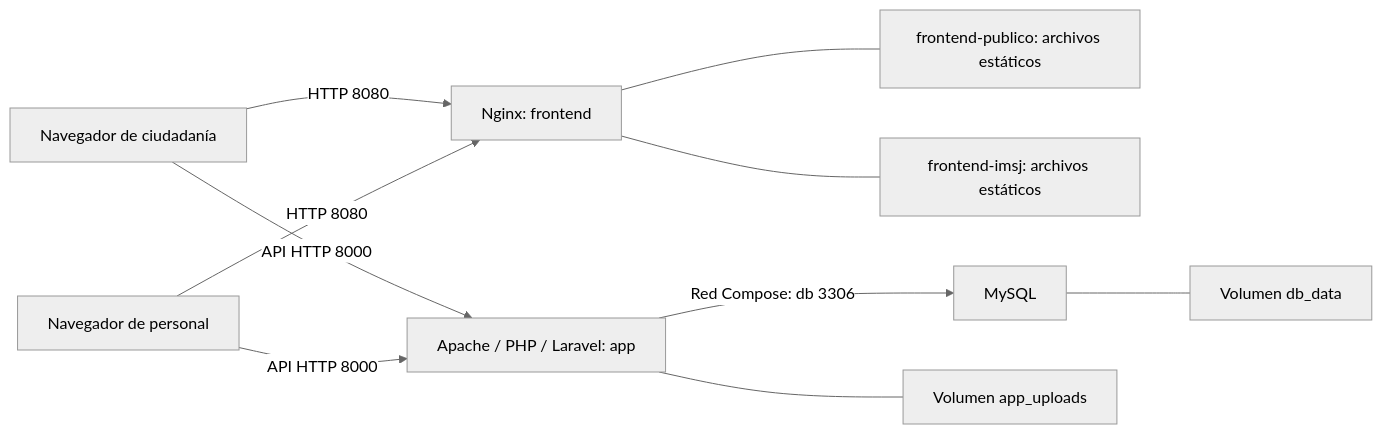
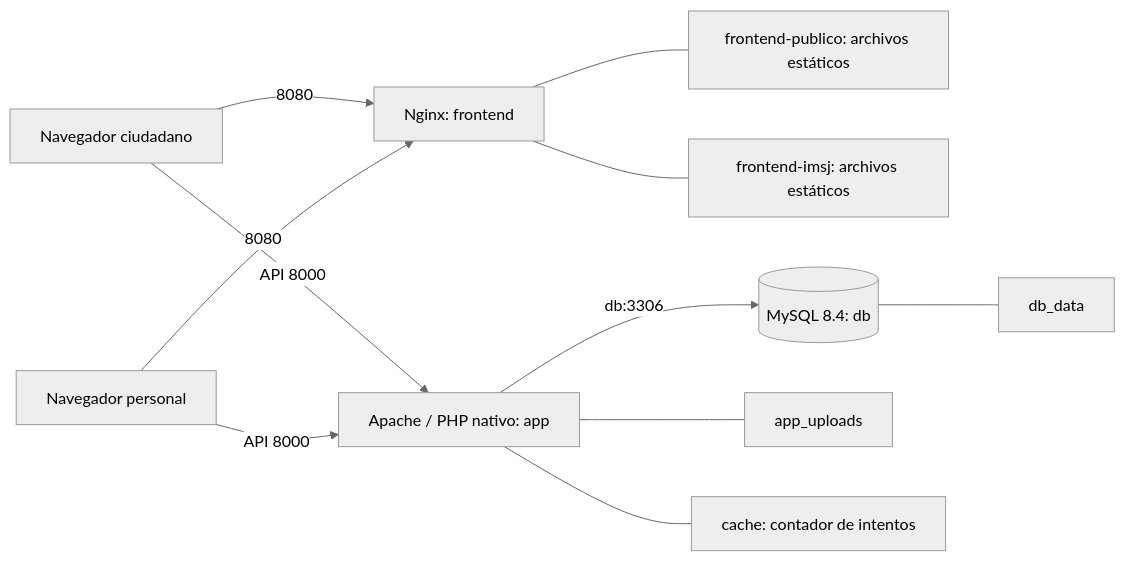
One commit to totito19/Proyecto-IMSJ changed the second of 2 diagrams in docs/arquitectura_propuesta.md. Above: the diagram before and after it, drawn with Mermaid (neutral theme). The commit also changed other lines of this file and 205 other files, not shown here.

````diff
--- a/docs/arquitectura_propuesta.md
+++ b/docs/arquitectura_propuesta.md
@@ -30,12 +26,13 @@
 ```mermaid
 flowchart LR
-    Ciudadania[Navegador de ciudadanía] -->|HTTP 8080| Nginx[Nginx: frontend]
-    Personal[Navegador de personal] -->|HTTP 8080| Nginx
-    Nginx --- Publico[frontend-publico: archivos estáticos]
-    Nginx --- Panel[frontend-imsj: archivos estáticos]
-    Ciudadania -->|API HTTP 8000| API[Apache / PHP / Laravel: app]
-    Personal -->|API HTTP 8000| API
-    API -->|Red Compose: db 3306| MySQL[MySQL]
-    API --- Archivos[Volumen app_uploads]
-    MySQL --- Datos[Volumen db_data]
+    Ciudadania[Navegador ciudadano] -->|8080| Frontend[Nginx: frontend]
+    Personal[Navegador personal] -->|8080| Frontend
+    Frontend --- Publico[frontend-publico: archivos estáticos]
+    Frontend --- Panel[frontend-imsj: archivos estáticos]
+    Ciudadania -->|API 8000| App[Apache / PHP nativo: app]
+    Personal -->|API 8000| App
+    App -->|db:3306| DB[(MySQL 8.4: db)]
+    DB --- Datos[db_data]
+    App --- Archivos[app_uploads]
+    App --- Cache[cache: contador de intentos]
 ```
````
